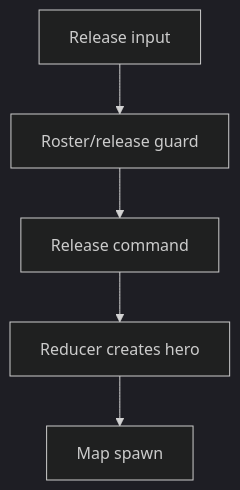
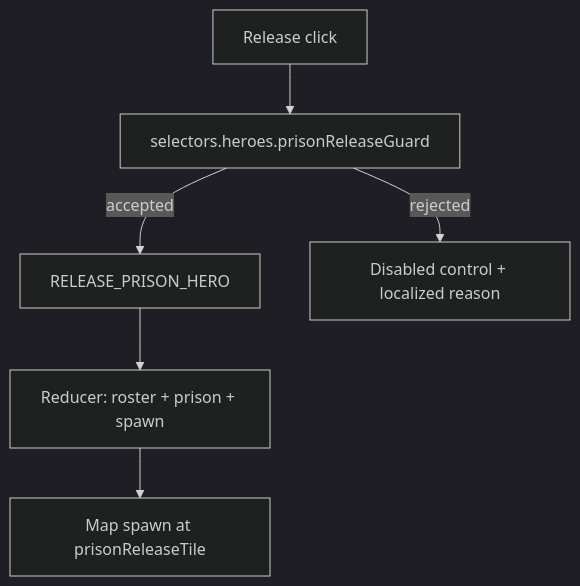
The third of 5 diagrams in docs/architecture/wiki/screens/23-hero-prison/architecture.md (SunaNoOshiro/Heroes_Reforged_AI_Realms), drawn with Mermaid (dark theme) before and after one commit. The commit also changed other lines of this file and 518 other files, not shown here.

First line of the commit message:
Add doc-audit skill and sweep architecture/screen docs

````diff
--- a/docs/architecture/wiki/screens/23-hero-prison/architecture.md
+++ b/docs/architecture/wiki/screens/23-hero-prison/architecture.md
@@ -40,8 +45,8 @@
 ```mermaid
 flowchart TD
-  I0["Release input"] --> I1
-  I1["Roster/release guard"] --> I2
-  I2["Release command"] --> I3
-  I3["Reducer creates hero"] --> I4
-  I4["Map spawn"]
+  I0["Release click"] --> I1["selectors.heroes.prisonReleaseGuard"]
+  I1 -->|accepted| I2["RELEASE_PRISON_HERO"]
+  I1 -->|rejected| I5["Disabled control + localized reason"]
+  I2 --> I3["Reducer: roster + prison + spawn"]
+  I3 --> I4["Map spawn at prisonReleaseTile"]
 ```
````
